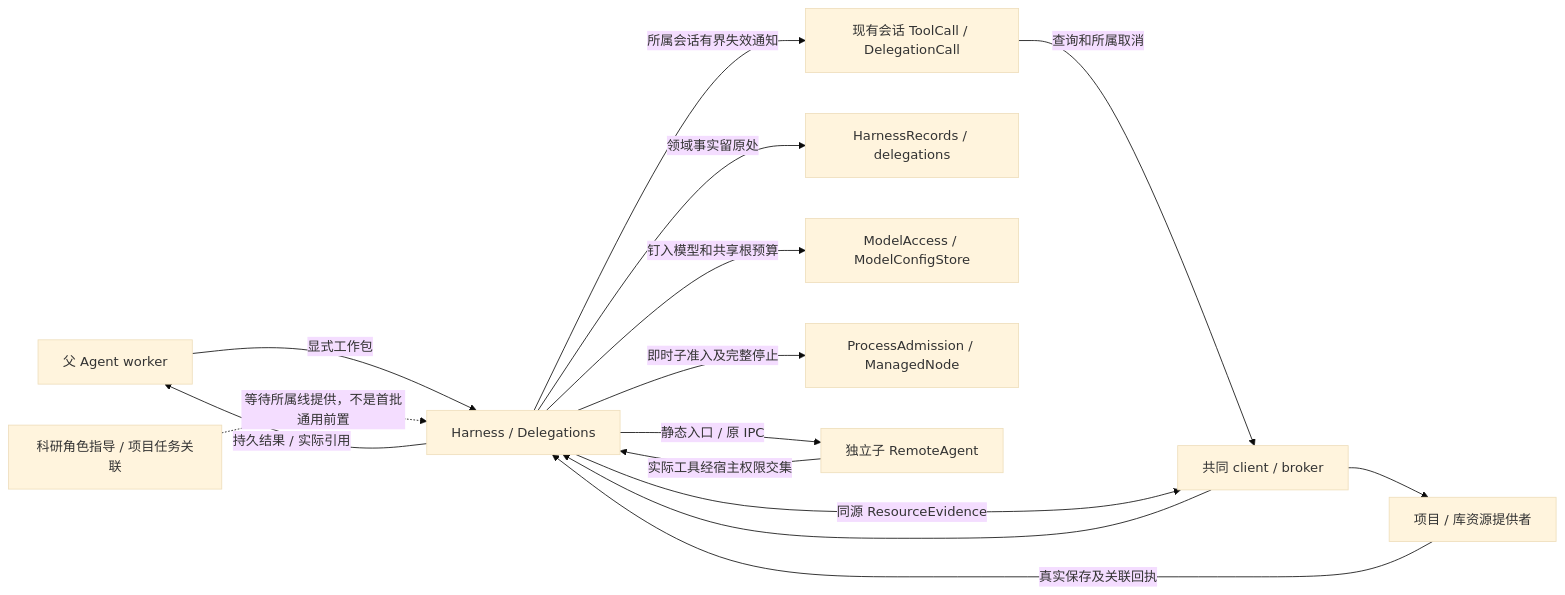
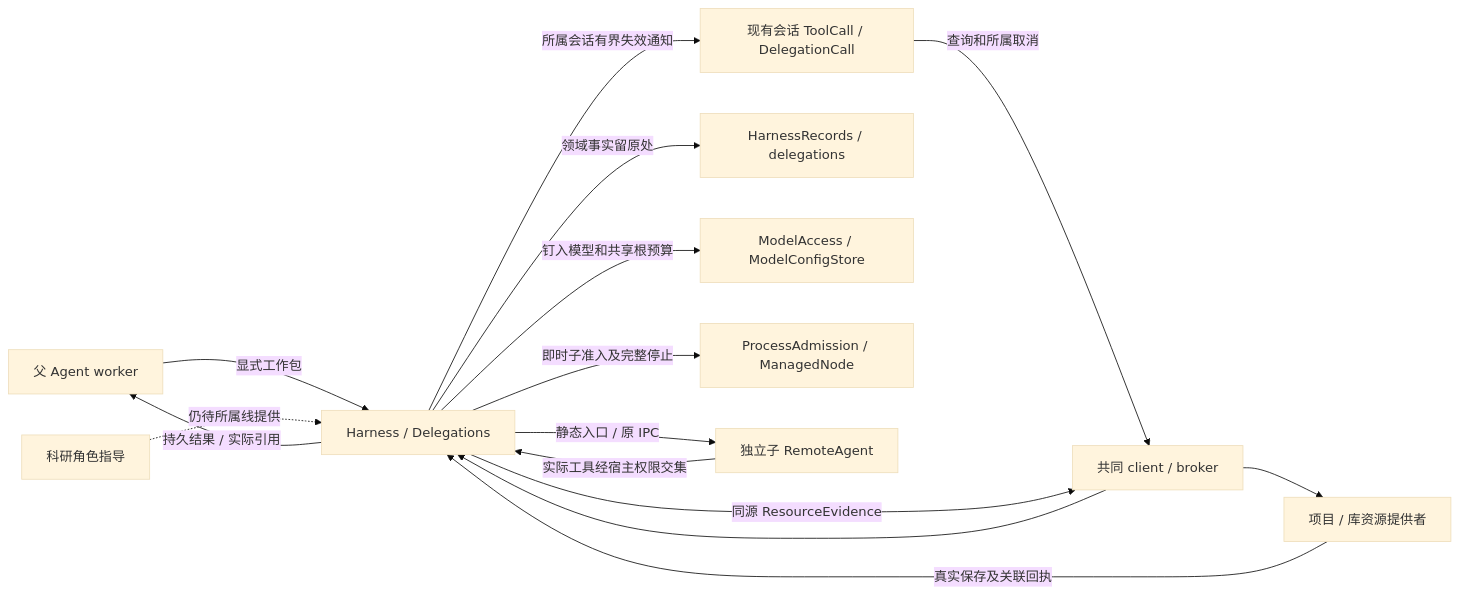
The first of 2 diagrams in openspec/changes/add-bounded-agent-delegation/design.md (leike0813/Scholoom), drawn with Mermaid (base theme) before and after one commit. The commit also changed other lines of this file and 11 other files, not shown here.

````diff
--- a/openspec/changes/add-bounded-agent-delegation/design.md
+++ b/openspec/changes/add-bounded-agent-delegation/design.md
@@ -7,17 +17,17 @@
 ```mermaid
 flowchart LR
   P[父 Agent worker] -->|显式工作包| H[Harness / Delegations]
   UI[现有会话 ToolCall / DelegationCall] -->|查询和所属取消| B[共同 client / broker]
   B --> H
   H -->|领域事实留原处| R[HarnessRecords / delegations]
   H -->|钉入模型和共享根预算| M[ModelAccess / ModelConfigStore]
   H -->|即时子准入及完整停止| N[ProcessAdmission / ManagedNode]
   H -->|静态入口 / 原 IPC| C[独立子 RemoteAgent]
   C -->|实际工具经宿主权限交集| H
   H -->|同源 ResourceEvidence| B
   B --> F[项目 / 库资源提供者]
   F -->|真实保存及关联回执| H
   H -->|持久结果 / 实际引用| P
   H -->|所属会话有界失效通知| UI
-  Q[科研角色指导 / 项目任务关联] -.->|等待所属线提供，不是首批通用前置| H
+  Q[科研角色指导] -.->|仍待所属线提供| H
 ```
````
